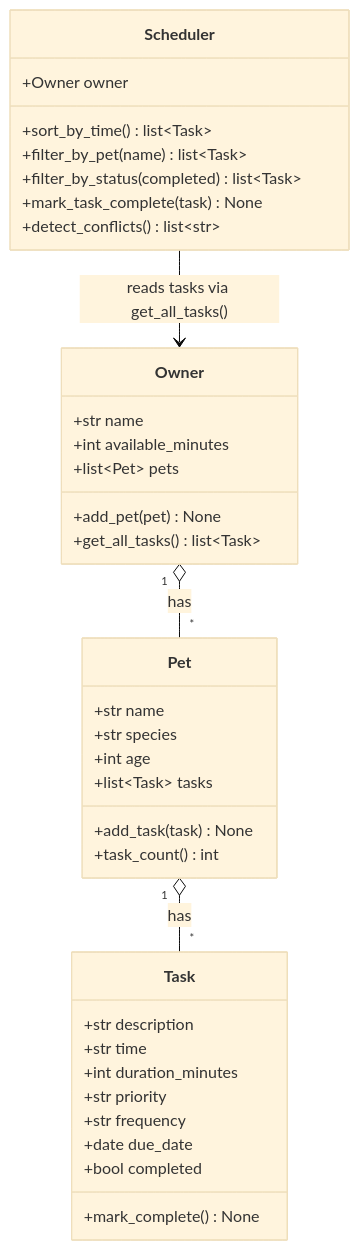
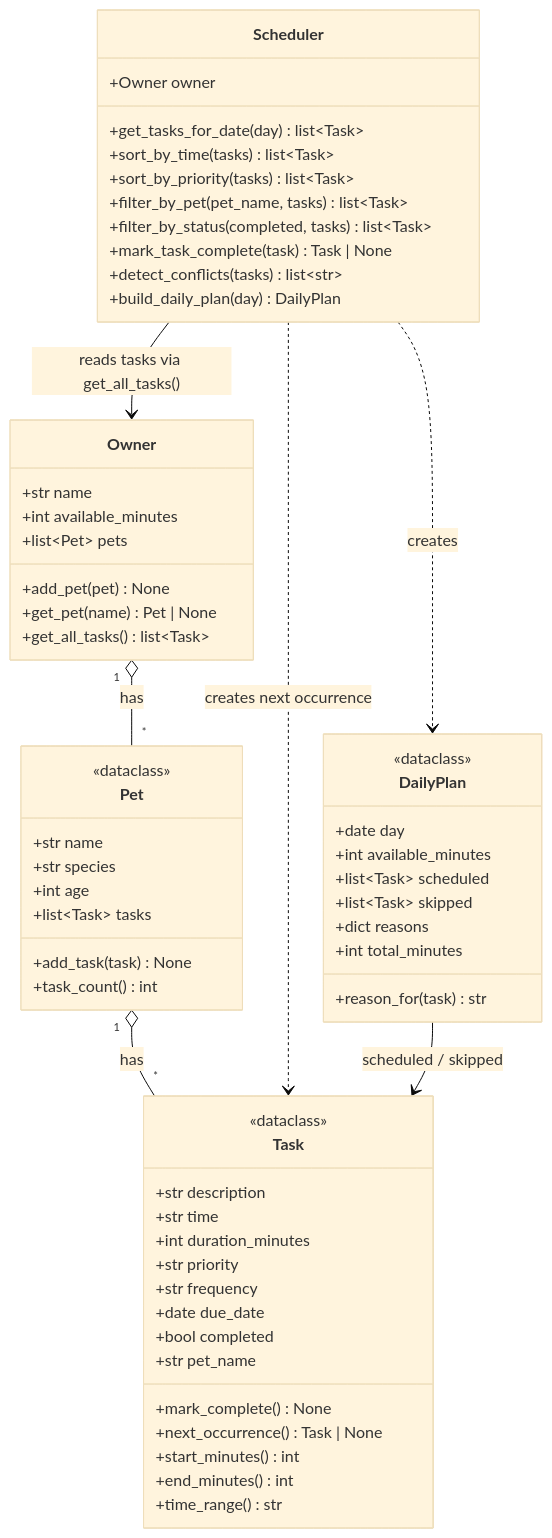
One commit to Nazik-o/ai110-module2show-pawpal-starter changed the diagram in diagrams/uml.mmd. Above: the diagram before and after it, drawn with Mermaid (base theme). The commit also changed 7 other files, not shown here.

First line of the commit message:
docs: finalize UML, README, and reflection

```diff
--- a/diagrams/uml.mmd
+++ b/diagrams/uml.mmd
@@ -1,43 +1,68 @@
 classDiagram
-    %% Draft UML for PawPal+ (Phase 1). See uml_final.mmd for the final version.
+    %% PawPal+ class diagram, kept in sync with the final implementation (same as uml_final.mmd).
 
     class Task {
+        <<dataclass>>
         +str description
         +str time
         +int duration_minutes
         +str priority
         +str frequency
         +date due_date
         +bool completed
+        +str pet_name
         +mark_complete() None
+        +next_occurrence() Task | None
+        +start_minutes() int
+        +end_minutes() int
+        +time_range() str
     }
 
     class Pet {
+        <<dataclass>>
         +str name
         +str species
         +int age
         +list~Task~ tasks
         +add_task(task) None
         +task_count() int
     }
 
     class Owner {
         +str name
         +int available_minutes
         +list~Pet~ pets
         +add_pet(pet) None
+        +get_pet(name) Pet | None
         +get_all_tasks() list~Task~
     }
 
     class Scheduler {
         +Owner owner
-        +sort_by_time() list~Task~
-        +filter_by_pet(name) list~Task~
-        +filter_by_status(completed) list~Task~
-        +mark_task_complete(task) None
-        +detect_conflicts() list~str~
+        +get_tasks_for_date(day) list~Task~
+        +sort_by_time(tasks) list~Task~
+        +sort_by_priority(tasks) list~Task~
+        +filter_by_pet(pet_name, tasks) list~Task~
+        +filter_by_status(completed, tasks) list~Task~
+        +mark_task_complete(task) Task | None
+        +detect_conflicts(tasks) list~str~
+        +build_daily_plan(day) DailyPlan
+    }
+
+    class DailyPlan {
+        <<dataclass>>
+        +date day
+        +int available_minutes
+        +list~Task~ scheduled
+        +list~Task~ skipped
+        +dict reasons
+        +int total_minutes
+        +reason_for(task) str
     }
 
     Owner "1" o-- "*" Pet : has
     Pet "1" o-- "*" Task : has
     Scheduler --> Owner : reads tasks via get_all_tasks()
+    Scheduler ..> DailyPlan : creates
+    Scheduler ..> Task : creates next occurrence
+    DailyPlan --> Task : scheduled / skipped
```
